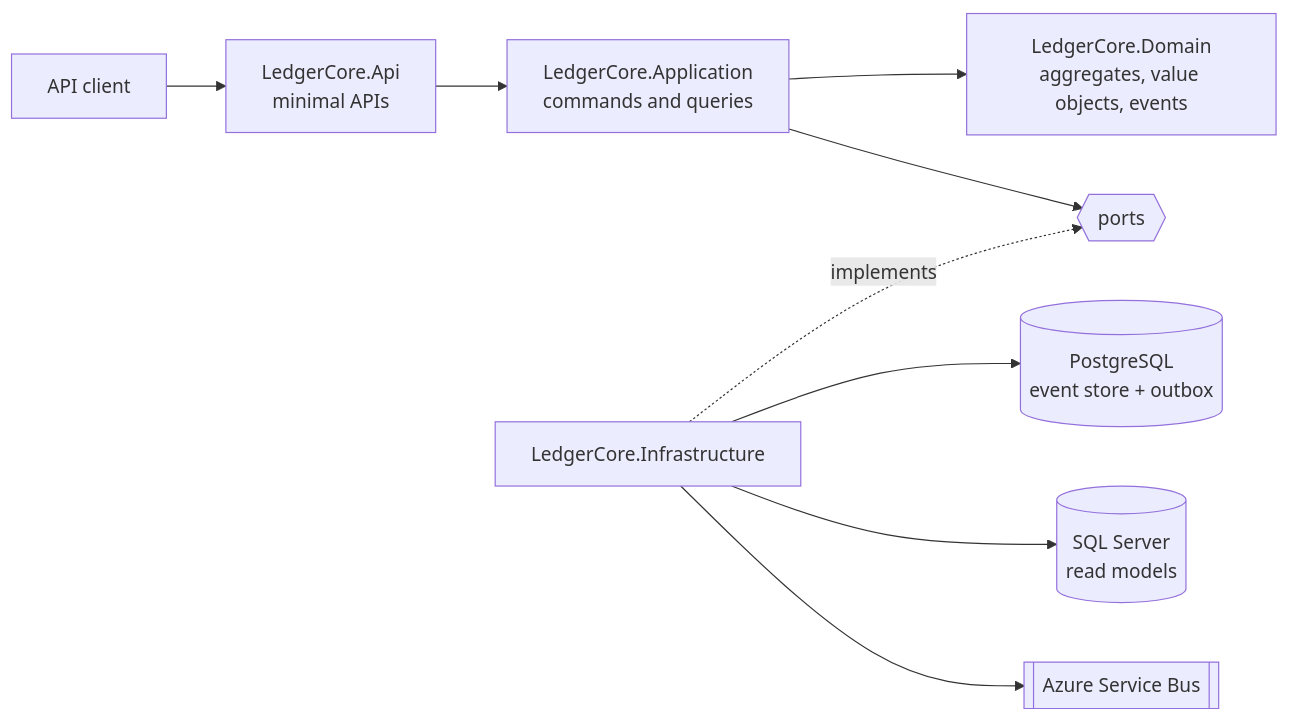
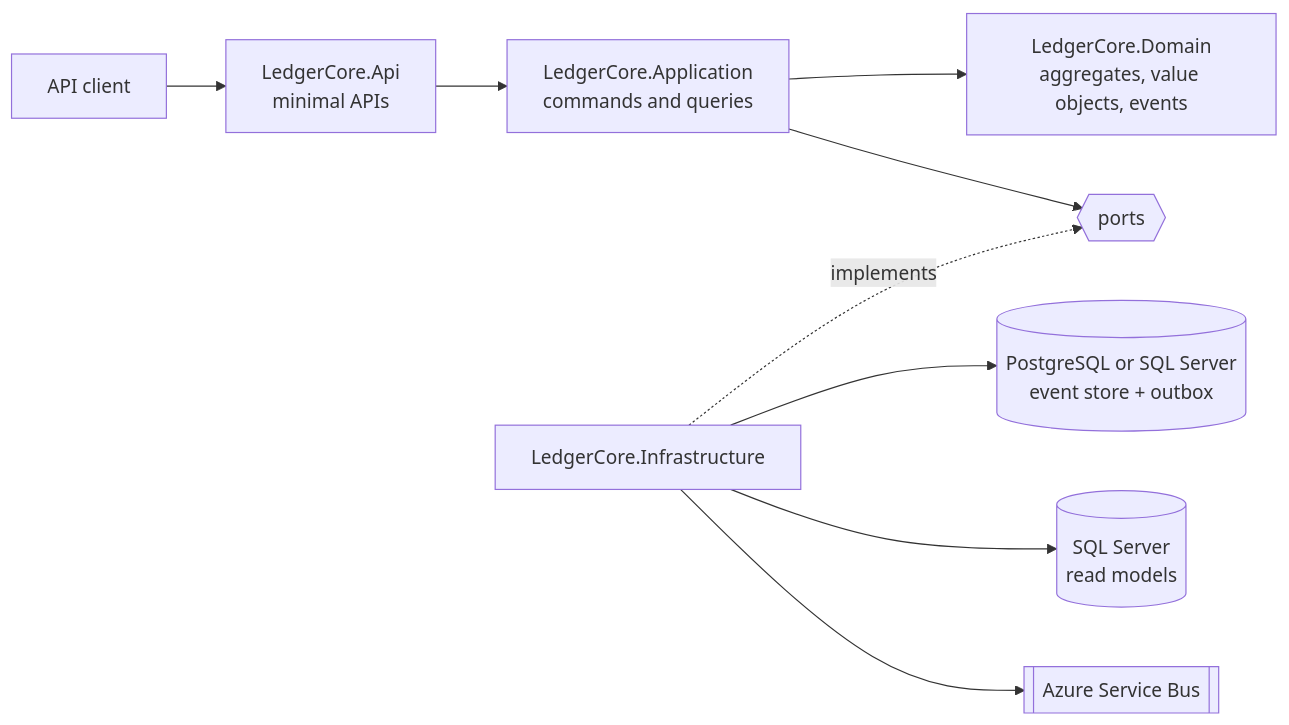
One commit to softvasco/ledger-core changed the first of 3 diagrams in README.md. Above: the diagram before and after it, drawn with Mermaid. The commit also changed other lines of this file, not shown here.

Commit message:
docs(readme): sql server event store

````diff
--- a/README.md
+++ b/README.md
@@ -44,11 +44,11 @@
 ```mermaid
 flowchart LR
     client[API client] --> api[LedgerCore.Api<br/>minimal APIs]
     api --> app[LedgerCore.Application<br/>commands and queries]
     app --> domain[LedgerCore.Domain<br/>aggregates, value objects, events]
     app --> ports{{ports}}
     infra[LedgerCore.Infrastructure] -. implements .-> ports
-    infra --> es[(PostgreSQL<br/>event store + outbox)]
+    infra --> es[(PostgreSQL or SQL Server<br/>event store + outbox)]
     infra --> rm[(SQL Server<br/>read models)]
     infra --> bus[[Azure Service Bus]]
 ```
````
